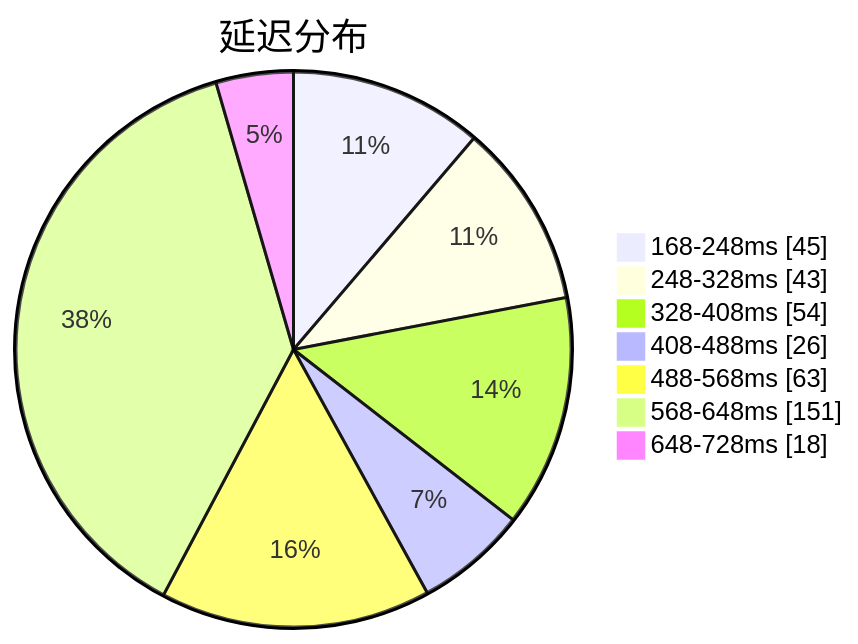
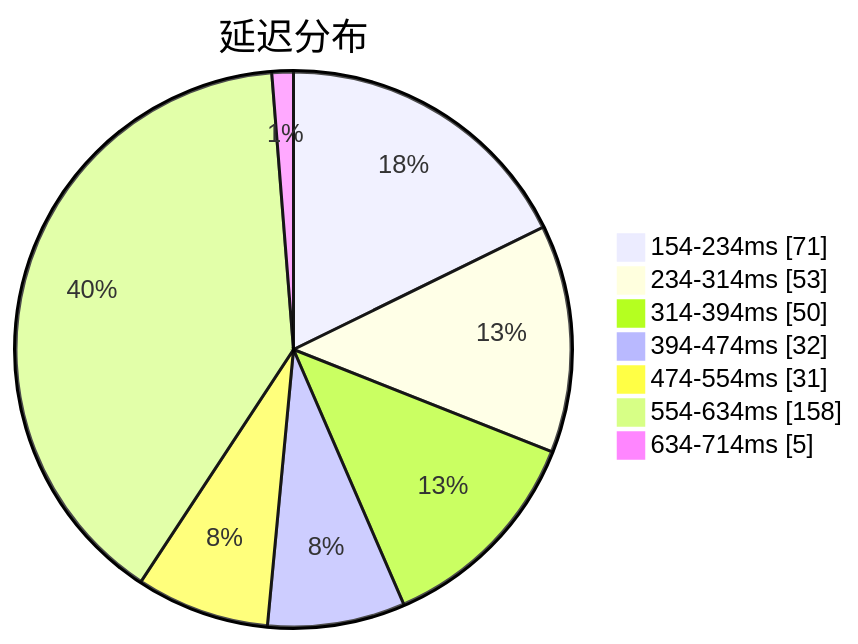
Before and after one commit to qjlxg/airport: the first of 3 diagrams in subs/statistics/tested_within.md, drawn with Mermaid. The commit also changed other lines of this file and 2 other files, not shown here.

Commit message:
Tested by metaST

````diff
--- a/subs/statistics/tested_within.md
+++ b/subs/statistics/tested_within.md
@@ -2,11 +2,11 @@
 ```mermaid
 pie showData
 title 延迟分布
-"168-248ms" : 45
-"248-328ms" : 43
-"328-408ms" : 54
-"408-488ms" : 26
-"488-568ms" : 63
-"568-648ms" : 151
-"648-728ms" : 18
+"154-234ms" : 71
+"234-314ms" : 53
+"314-394ms" : 50
+"394-474ms" : 32
+"474-554ms" : 31
+"554-634ms" : 158
+"634-714ms" : 5
 ```
````
